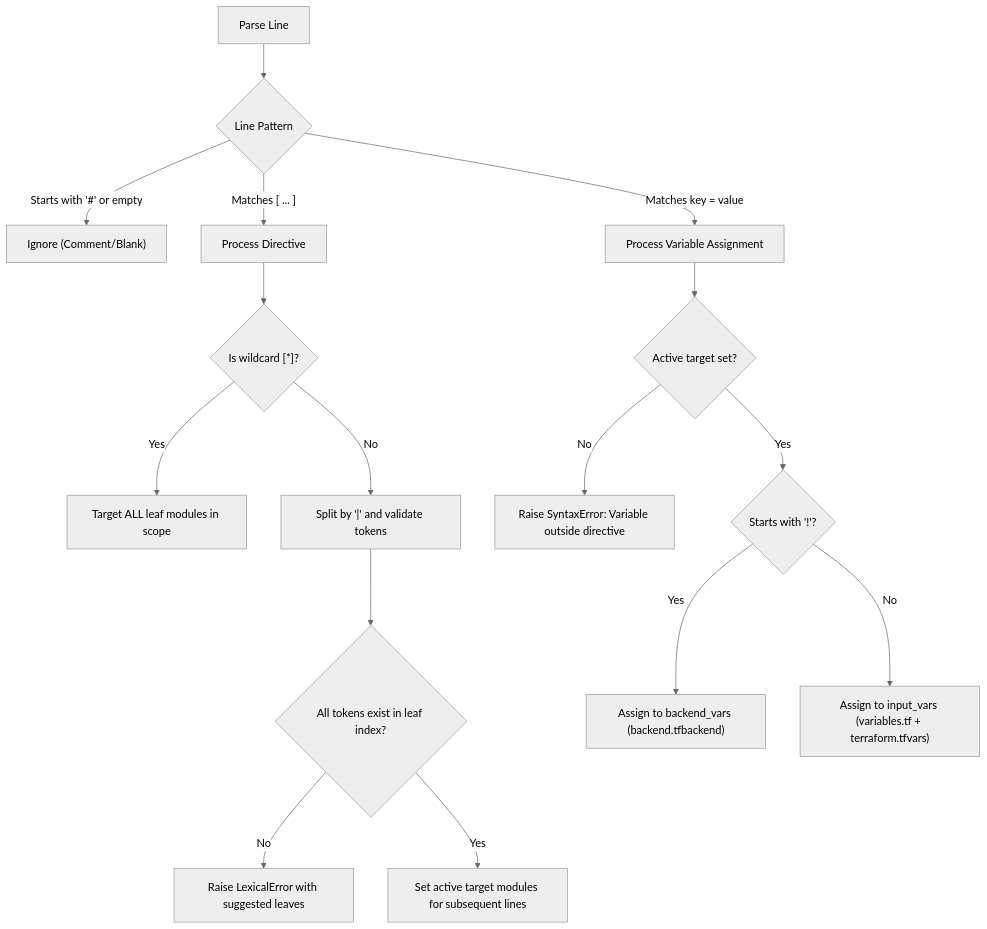
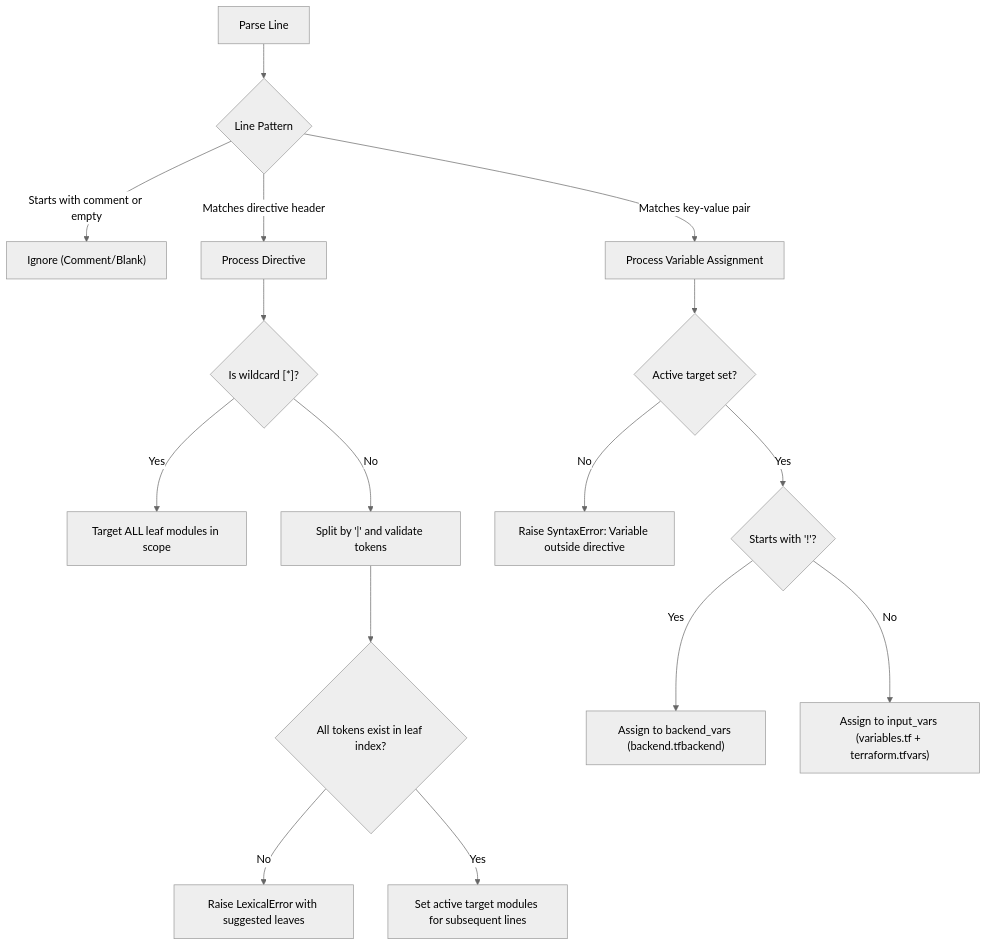
One commit to Beep1608/cleanmybelly changed the second of 3 diagrams in docs/architecture/env_sync.md. Above: the diagram before and after it, drawn with Mermaid (neutral theme). The commit also changed other lines of this file and 2 other files, not shown here.

````diff
--- a/docs/architecture/env_sync.md
+++ b/docs/architecture/env_sync.md
@@ -118,20 +118,20 @@
 ```mermaid
 graph TD
     Start["Parse Line"] --> Check{"Line Pattern"}
-    Check -- "Starts with '#' or empty" --> Skip["Ignore (Comment/Blank)"]
-    Check -- "Matches [ ... ]" --> Dir["Process Directive"]
-    Check -- "Matches key = value" --> Var["Process Variable Assignment"]
+    Check -->|"Starts with comment or empty"| Skip["Ignore (Comment/Blank)"]
+    Check -->|"Matches directive header"| Dir["Process Directive"]
+    Check -->|"Matches key-value pair"| Var["Process Variable Assignment"]
 
     Dir --> Wild{"Is wildcard [*]?"}
-    Wild -- Yes --> SetWild["Target ALL leaf modules in scope"]
-    Wild -- No --> Split["Split by '|' and validate tokens"]
+    Wild -->|"Yes"| SetWild["Target ALL leaf modules in scope"]
+    Wild -->|"No"| Split["Split by '|' and validate tokens"]
     Split --> Valid{"All tokens exist in leaf index?"}
-    Valid -- No --> LexErr["Raise LexicalError with suggested leaves"]
-    Valid -- Yes --> SetTargets["Set active target modules for subsequent lines"]
+    Valid -->|"No"| LexErr["Raise LexicalError with suggested leaves"]
+    Valid -->|"Yes"| SetTargets["Set active target modules for subsequent lines"]
 
     Var --> Active{"Active target set?"}
-    Active -- No --> SynErr["Raise SyntaxError: Variable outside directive"]
-    Active -- Yes --> Backend{"Starts with '!'?"}
-    Backend -- Yes --> S3Backend["Assign to backend_vars (backend.tfbackend)"]
-    Backend -- No --> InputVar["Assign to input_vars (variables.tf + terraform.tfvars)"]
+    Active -->|"No"| SynErr["Raise SyntaxError: Variable outside directive"]
+    Active -->|"Yes"| Backend{"Starts with '!'?"}
+    Backend -->|"Yes"| S3Backend["Assign to backend_vars (backend.tfbackend)"]
+    Backend -->|"No"| InputVar["Assign to input_vars (variables.tf + terraform.tfvars)"]
 ```
````
